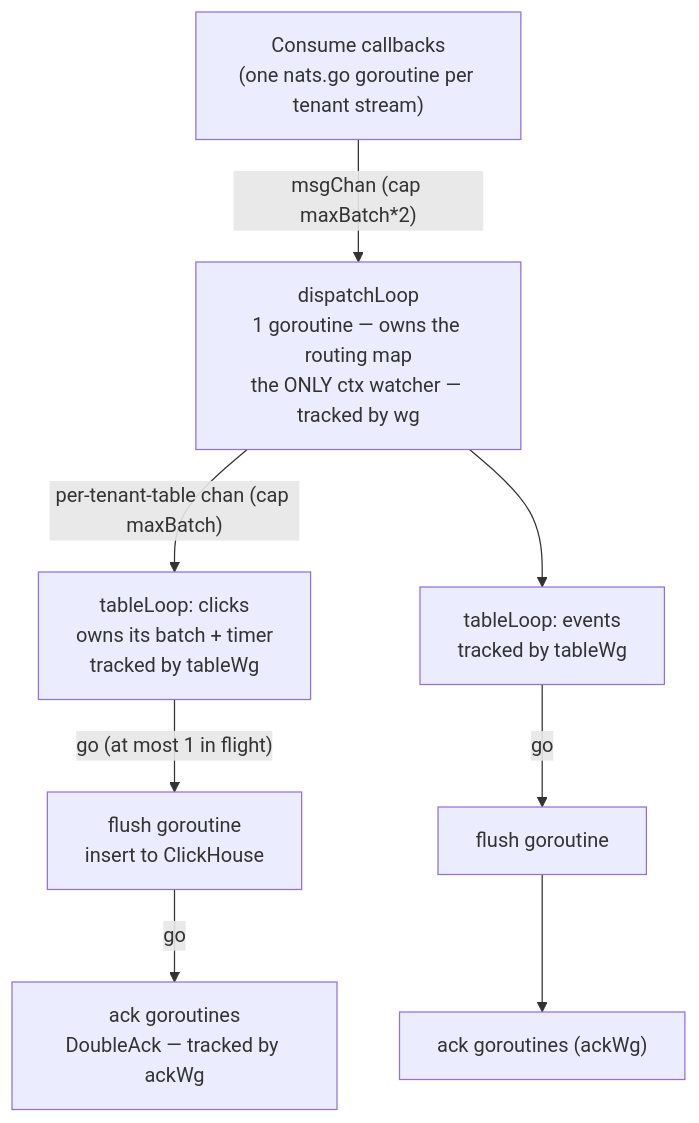
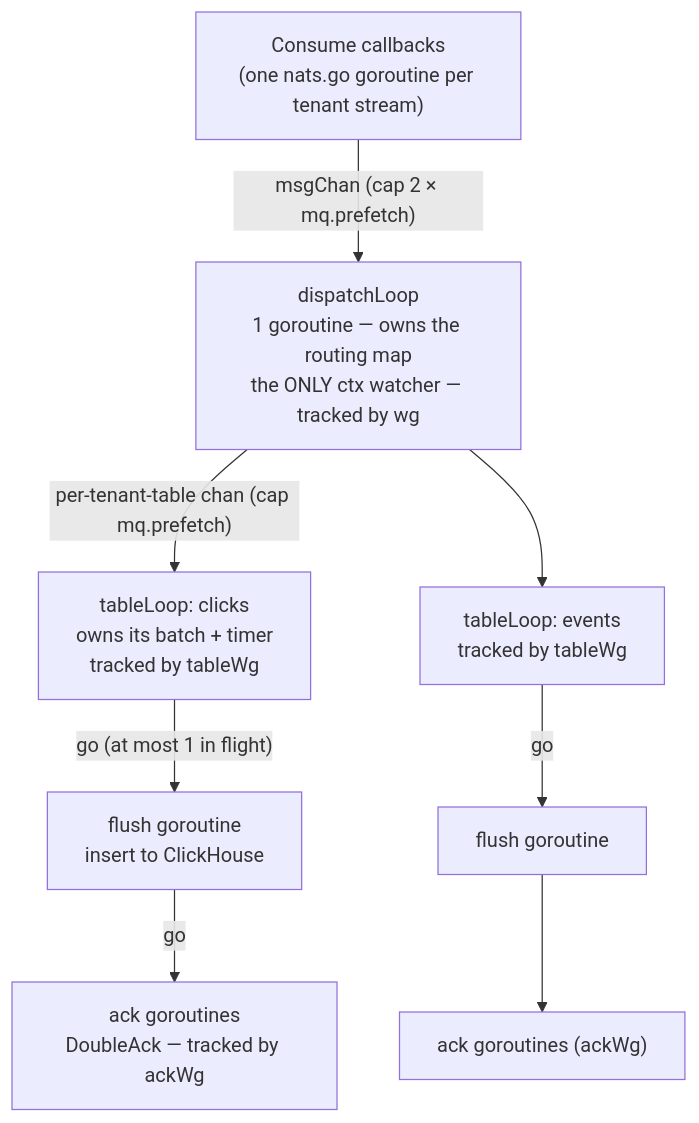
Before and after one commit to Wave-RF/WaveHouse: the third of 8 diagrams in docs/src/content/docs/ingest-pipeline.md, drawn with Mermaid. The commit also changed other lines of this file and 70 other files, not shown here.

````diff
--- a/docs/src/content/docs/ingest-pipeline.md
+++ b/docs/src/content/docs/ingest-pipeline.md
@@ -99,11 +99,11 @@
 ```mermaid
 flowchart TD
-    CB["Consume callbacks<br/>(one nats.go goroutine per tenant stream)"] -->|"msgChan (cap maxBatch*2)"| D
+    CB["Consume callbacks<br/>(one nats.go goroutine per tenant stream)"] -->|"msgChan (cap 2 × mq.prefetch)"| D
     D["dispatchLoop<br/>1 goroutine — owns the routing map<br/>the ONLY ctx watcher — tracked by wg"]
-    D -->|"per-tenant-table chan (cap maxBatch)"| T1["tableLoop: clicks<br/>owns its batch + timer<br/>tracked by tableWg"]
+    D -->|"per-tenant-table chan (cap mq.prefetch)"| T1["tableLoop: clicks<br/>owns its batch + timer<br/>tracked by tableWg"]
     D --> T2["tableLoop: events<br/>tracked by tableWg"]
     T1 -->|"go (at most 1 in flight)"| F1["flush goroutine<br/>insert to ClickHouse"]
     F1 -->|"go"| A1["ack goroutines<br/>DoubleAck — tracked by ackWg"]
     T2 -->|"go"| F2["flush goroutine"]
     F2 --> A2["ack goroutines (ackWg)"]
 ```
````
